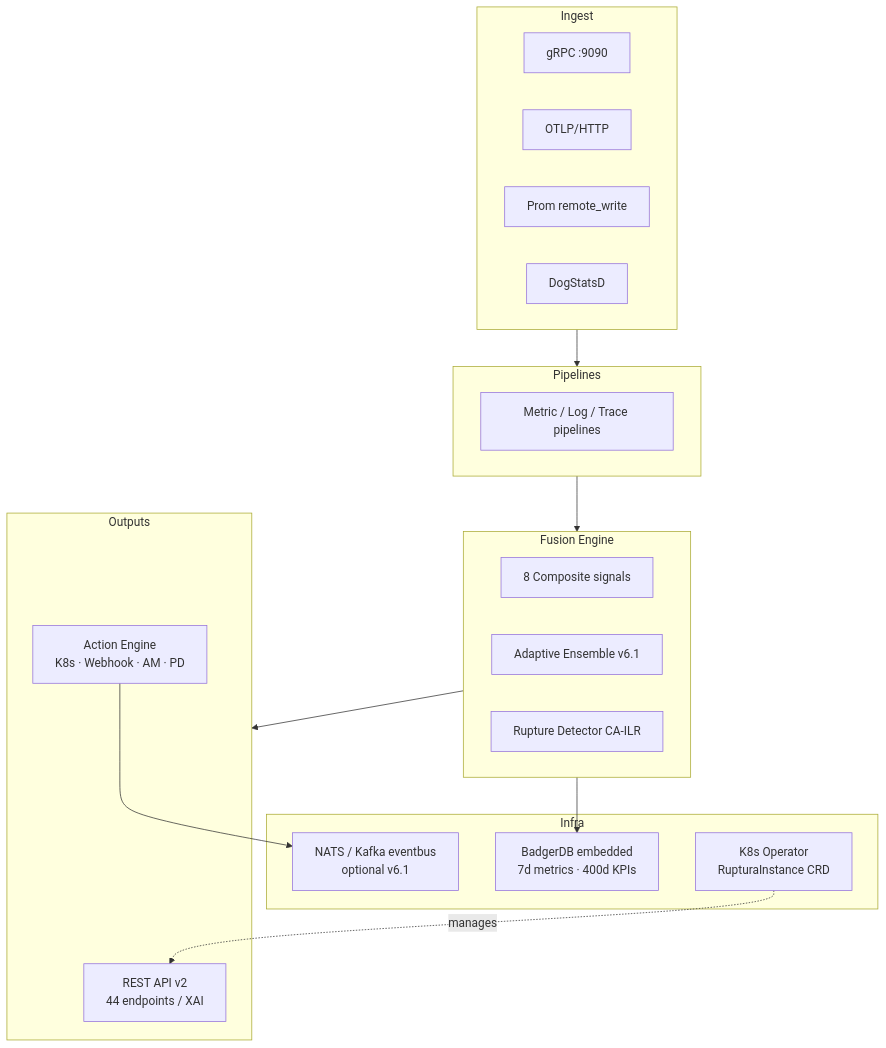
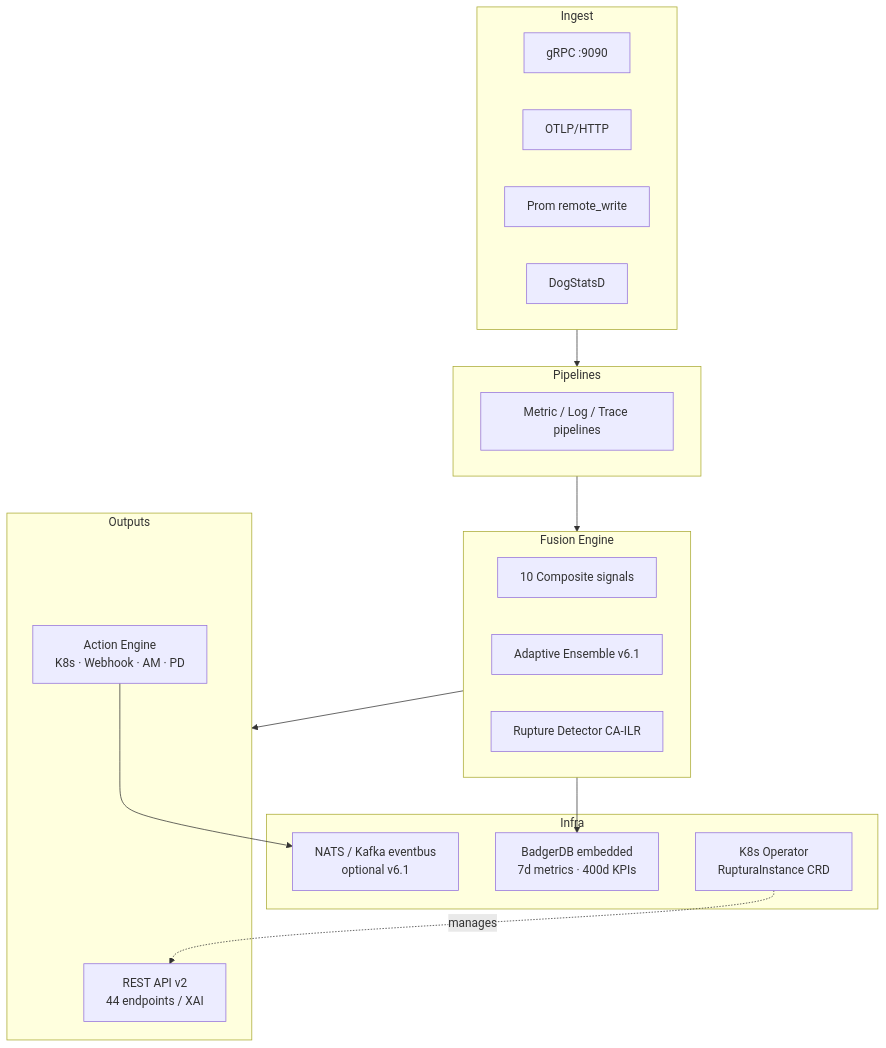
The diagram in site/docs/architecture/index.md (benfradjselim/Mlops_crew_automation), drawn with Mermaid before and after one commit. The commit also changed other lines of this file and 5 other files, not shown here.

````diff
--- a/site/docs/architecture/index.md
+++ b/site/docs/architecture/index.md
@@ -7,37 +7,37 @@
 ```mermaid
 graph TD
     subgraph Ingest
         A1[gRPC :9090]
         A2[OTLP/HTTP]
         A3[Prom remote_write]
         A4[DogStatsD]
     end
 
     subgraph Pipelines
         B[Metric / Log / Trace pipelines]
     end
 
     subgraph Fusion["Fusion Engine"]
-        C1[8 Composite signals]
+        C1[10 Composite signals]
         C2[Adaptive Ensemble v6.1]
         C3[Rupture Detector CA-ILR]
     end
 
     subgraph Outputs
         D1[REST API v2\n44 endpoints / XAI]
         D2[Action Engine\nK8s · Webhook · AM · PD]
     end
 
     subgraph Infra
         E1[NATS / Kafka eventbus\noptional v6.1]
         E2[BadgerDB embedded\n7d metrics · 400d KPIs]
         E3[K8s Operator\nRupturaInstance CRD]
     end
 
     Ingest --> Pipelines
     Pipelines --> Fusion
     Fusion --> Outputs
     D2 --> E1
     Fusion --> E2
     E3 -.manages.-> D1
 ```
````
